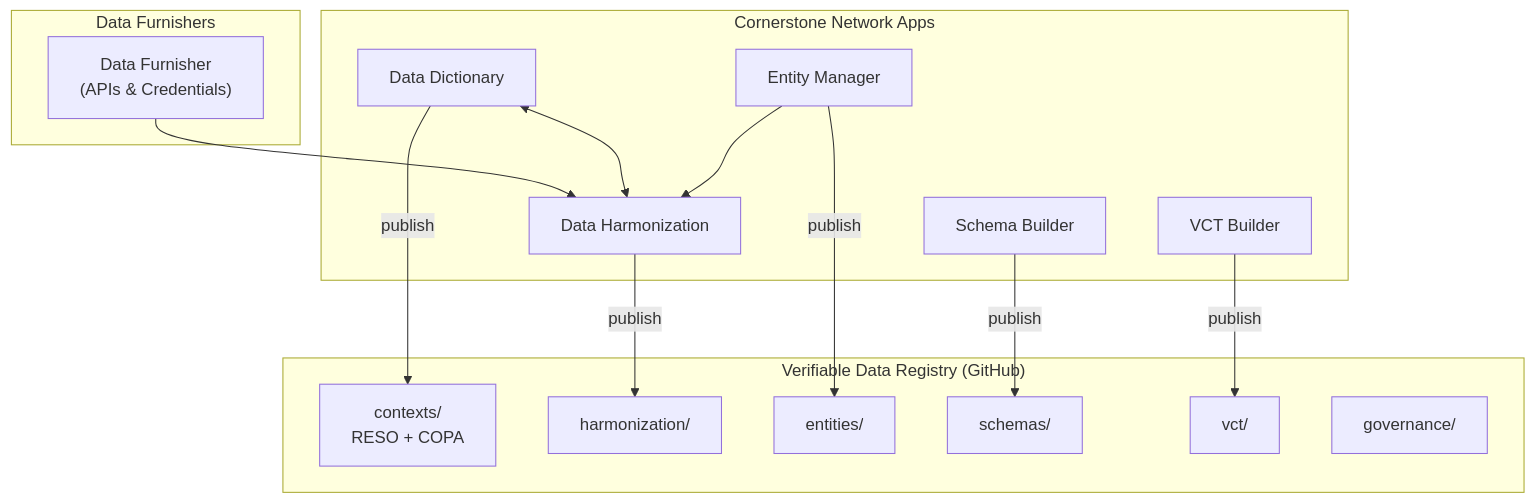
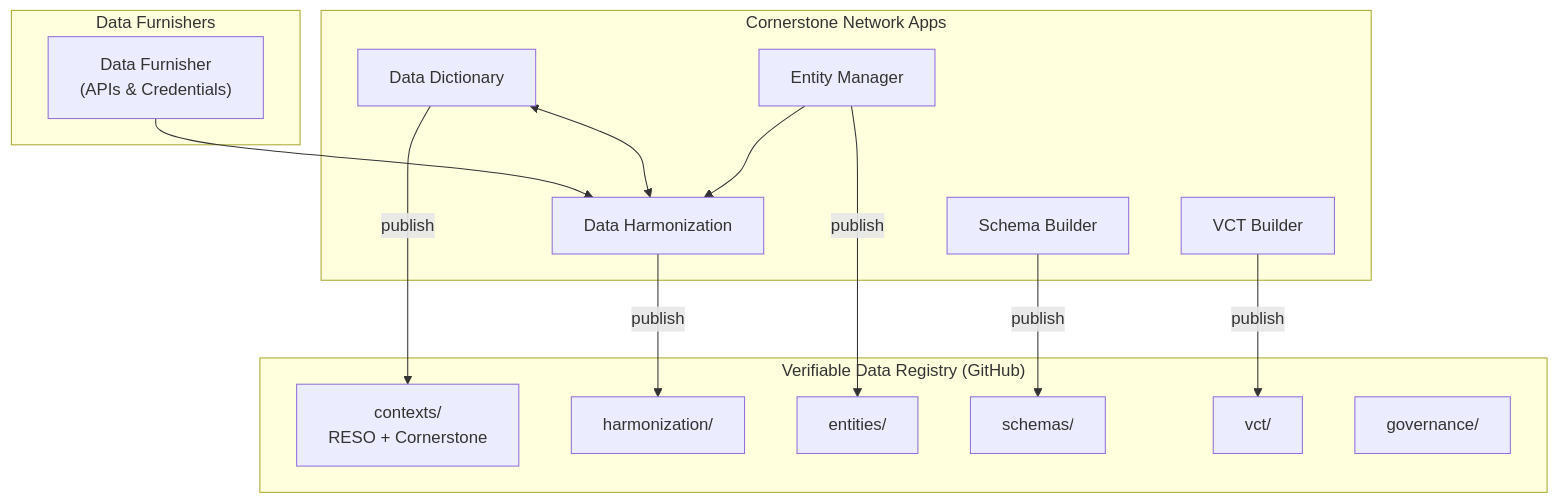
The first of 2 diagrams in site/architecture/index.md (Canadian-Open-Property-Association/governance), drawn with Mermaid before and after one commit. The commit also changed other lines of this file and 11 other files, not shown here.

````diff
--- a/site/architecture/index.md
+++ b/site/architecture/index.md
@@ -17,33 +17,33 @@
 ```mermaid
 flowchart TB
     subgraph Apps["Cornerstone Network Apps"]
         DD["Data Dictionary"]
         DH["Data Harmonization"]
         EM["Entity Manager"]
         SB["Schema Builder"]
         VB["VCT Builder"]
     end
 
     subgraph Furnishers["Data Furnishers"]
         DF["Data Furnisher<br/>(APIs & Credentials)"]
     end
 
     subgraph VDR["Verifiable Data Registry (GitHub)"]
-        Vocab["contexts/<br/>RESO + COPA"]
+        Vocab["contexts/<br/>RESO + Cornerstone"]
         Harmonization["harmonization/"]
         Entities["entities/"]
         Schemas["schemas/"]
         VCTs["vct/"]
         Governance["governance/"]
     end
 
     DD -->|publish| Vocab
     DH -->|publish| Harmonization
     EM -->|publish| Entities
     SB -->|publish| Schemas
     VB -->|publish| VCTs
 
     DF --> DH
     DD <--> DH
     EM --> DH
 ```
````
